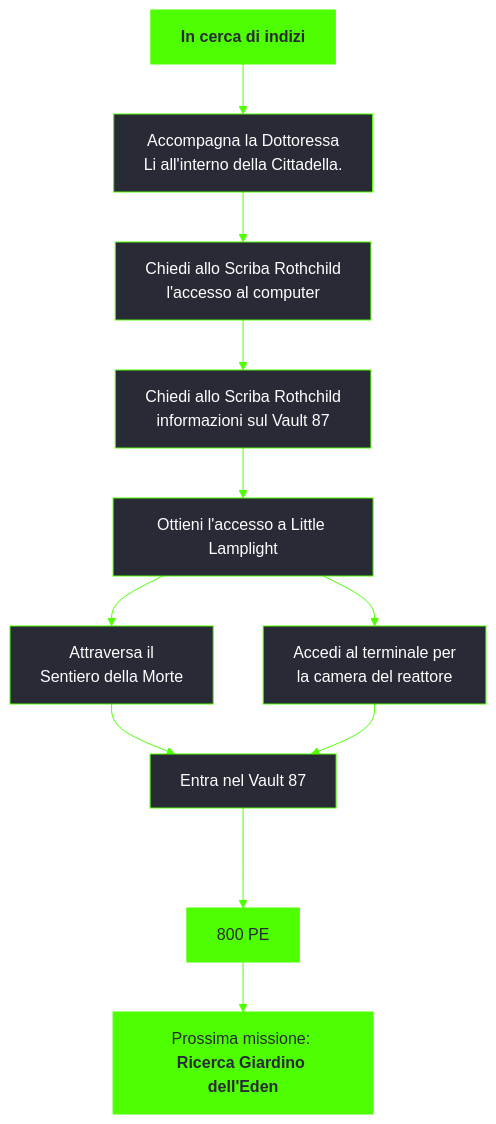
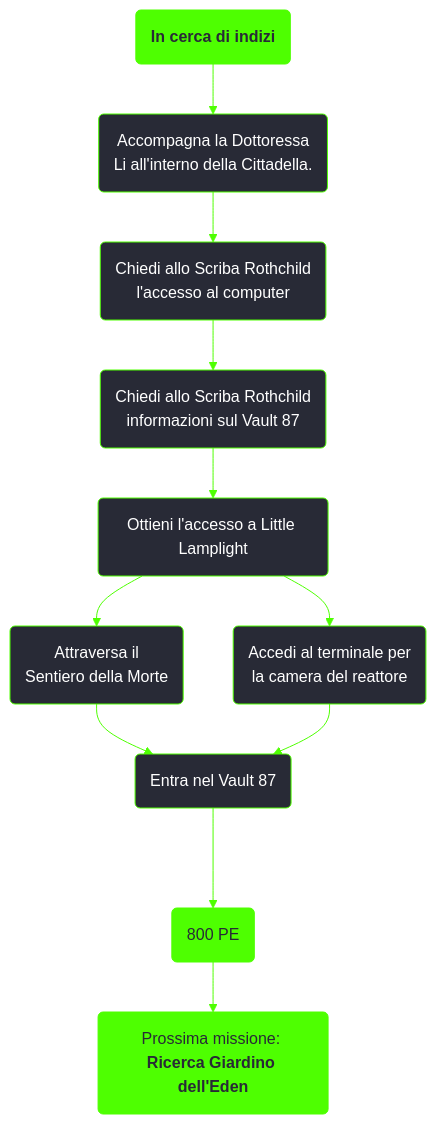
Before and after one commit to persy/wastelander: the diagram in content/docs/fallout 3/missioni/In cerca di indizi.md, drawn with Mermaid. The commit also changed 35 other files, not shown here.

````diff
--- a/content/docs/fallout 3/missioni/In cerca di indizi.md
+++ b/content/docs/fallout 3/missioni/In cerca di indizi.md
@@ -22,21 +22,21 @@
 ```mermaid
 %%{init: {'theme': 'base', 'themeVariables': { 'primaryColor': '#282a36', 'primaryBorderColor': '#4eff01', 'primaryTextColor': '#fff', 'lineColor': '#4eff01', 'fontFamily': 'Jura'}}}%%
 graph TD;
-    id1[<b>In cerca di indizi</b>]:::questfo3
-    id2[Accompagna la Dottoressa <br />Li all'interno della Cittadella. ]
-    id3[Chiedi allo Scriba Rothchild <br />l'accesso al computer]
-    id4[Chiedi allo Scriba Rothchild <br />informazioni sul Vault 87]
-    id5[Ottieni l'accesso a Little Lamplight]  
-    id6[Attraversa il <br />Sentiero della Morte]
-    id7[Accedi al terminale per <br />la camera del reattore]
-    id8[Entra nel Vault 87]
-    id9[800 PE]:::rewardfo3
-    id10[Prossima missione: <b>Ricerca Giardino dell'Eden</b>]:::questfo3
+    id1(<b>In cerca di indizi</b>):::questfo3
+    id2(Accompagna la Dottoressa <br />Li all'interno della Cittadella. )
+    id3(Chiedi allo Scriba Rothchild <br />l'accesso al computer)
+    id4(Chiedi allo Scriba Rothchild <br />informazioni sul Vault 87)
+    id5(Ottieni l'accesso a Little Lamplight)  
+    id6(Attraversa il <br />Sentiero della Morte)
+    id7(Accedi al terminale per <br />la camera del reattore)
+    id8(Entra nel Vault 87)
+    id9(800 PE):::rewardfo3
+    id10(Prossima missione: <b>Ricerca Giardino dell'Eden</b>):::questfo3
     id1-->id2-->id3-->id4-->id5-->id6-->id8--->id9-->id10
     id5-->id7-->id8
     click id6 "../../luoghi/sentiero-della-morte"
     click id8 "../../luoghi/vault-87"
     click id10 "../ricerca-giardino-delleden"
     classDef rewardfo3 fill:#4eff01, stroke:#4eff01, color:#282a36;
     classDef questfo3 fill:#4eff01, stroke:#4eff01, color:#282a36;
 ```
````
